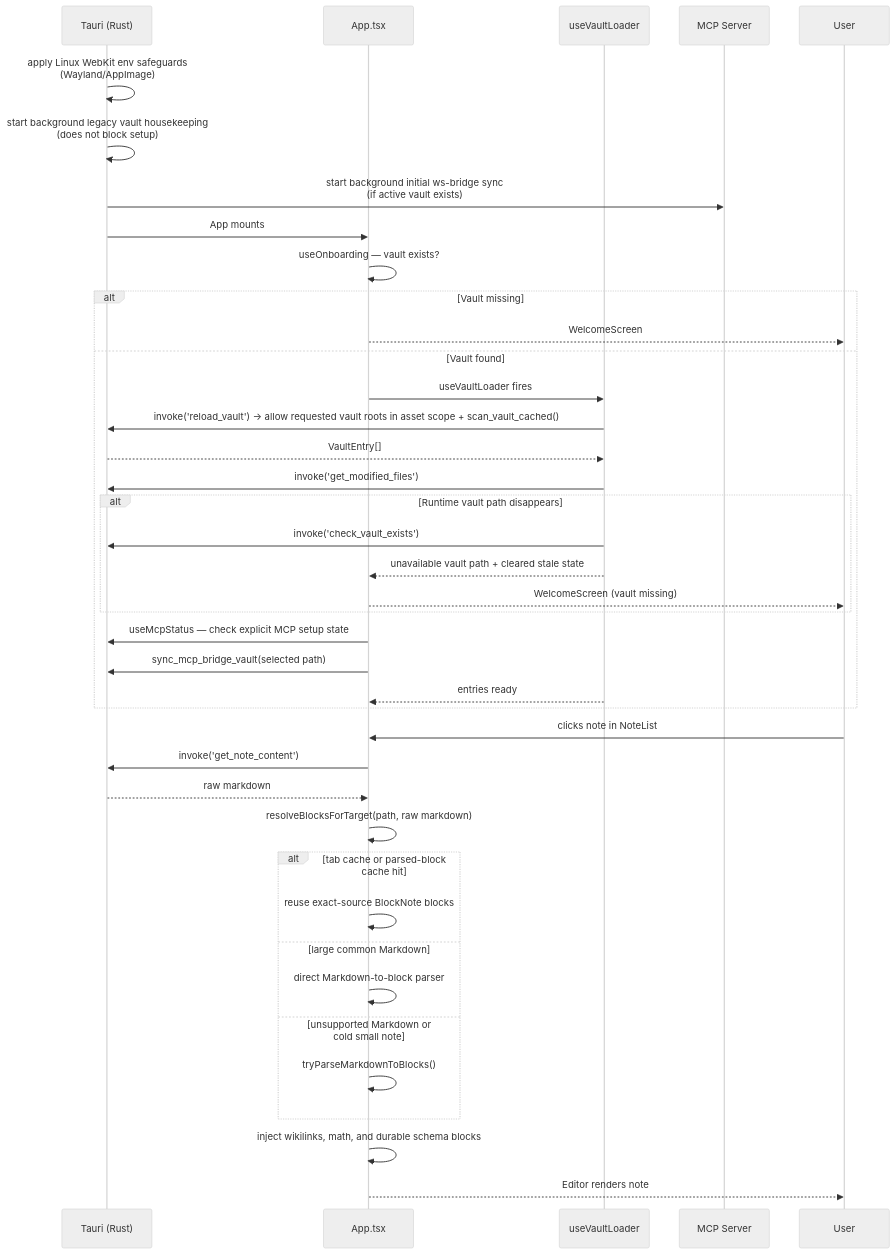
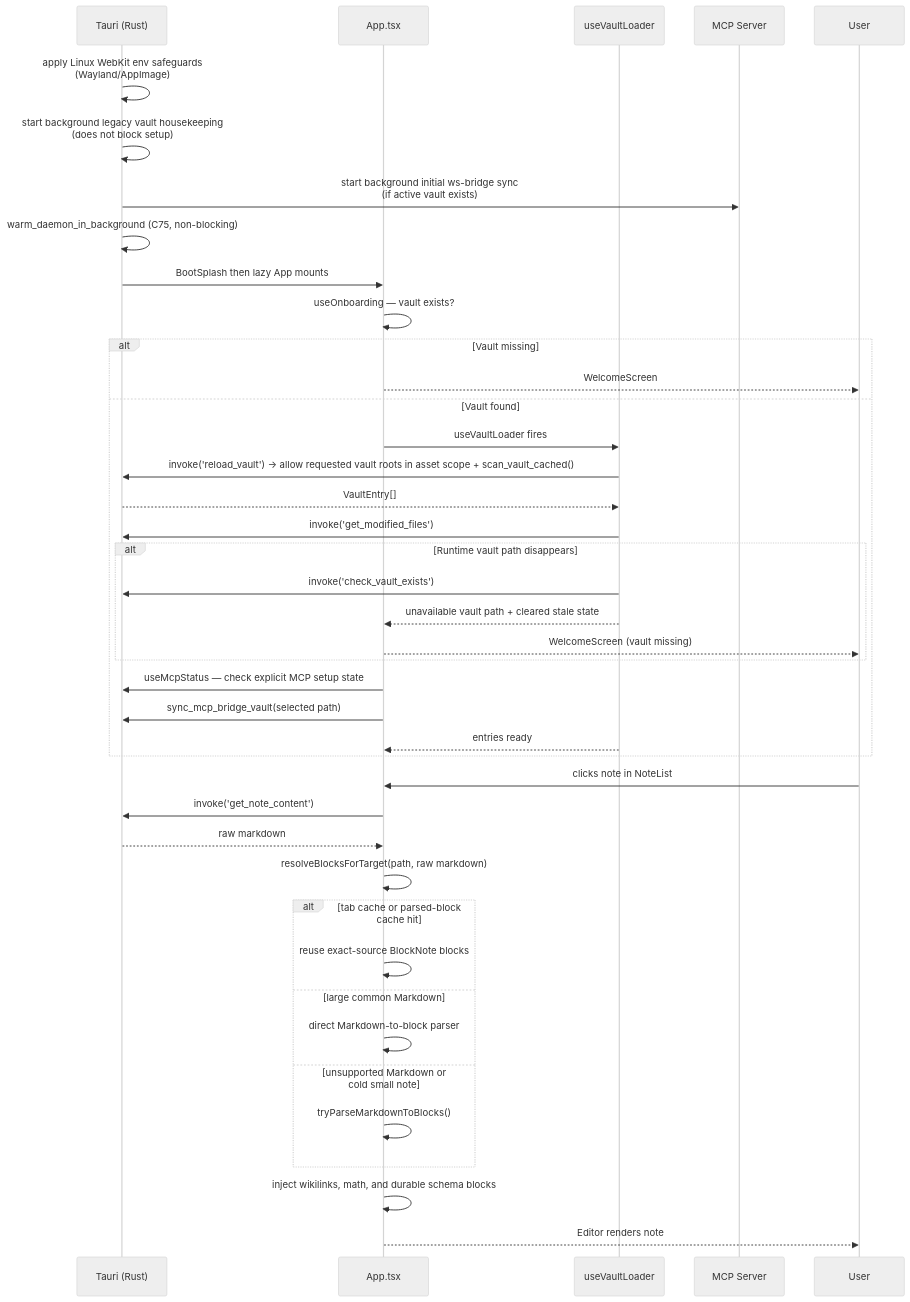
Before and after one commit to tuckcode/rhizome-agent: the seventh of 10 diagrams in docs/ARCHITECTURE.md, drawn with Mermaid (neutral theme). The commit also changed other lines of this file and 7 other files, not shown here.

````diff
--- a/docs/ARCHITECTURE.md
+++ b/docs/ARCHITECTURE.md
@@ -1483,45 +1516,46 @@
 ```mermaid
 sequenceDiagram
     participant T as Tauri (Rust)
     participant A as App.tsx
     participant VL as useVaultLoader
     participant MCP as MCP Server
     participant U as User
 
     T->>T: apply Linux WebKit env safeguards<br/>(Wayland/AppImage)
     T->>T: start background legacy vault housekeeping<br/>(does not block setup)
     T->>MCP: start background initial ws-bridge sync<br/>(if active vault exists)
-    T->>A: App mounts
+    T->>T: warm_daemon_in_background (C75, non-blocking)
+    T->>A: BootSplash then lazy App mounts
 
     A->>A: useOnboarding — vault exists?
     alt Vault missing
         A-->>U: WelcomeScreen
     else Vault found
         A->>VL: useVaultLoader fires
         VL->>T: invoke('reload_vault') → allow requested vault roots in asset scope + scan_vault_cached()
         T-->>VL: VaultEntry[]
         VL->>T: invoke('get_modified_files')
         alt Runtime vault path disappears
             VL->>T: invoke('check_vault_exists')
             VL-->>A: unavailable vault path + cleared stale state
             A-->>U: WelcomeScreen (vault missing)
         end
         A->>T: useMcpStatus — check explicit MCP setup state
         A->>T: sync_mcp_bridge_vault(selected path)
         VL-->>A: entries ready
     end
 
     U->>A: clicks note in NoteList
     A->>T: invoke('get_note_content')
     T-->>A: raw markdown
     A->>A: resolveBlocksForTarget(path, raw markdown)
     alt tab cache or parsed-block cache hit
         A->>A: reuse exact-source BlockNote blocks
     else large common Markdown
         A->>A: direct Markdown-to-block parser
     else unsupported Markdown or cold small note
         A->>A: tryParseMarkdownToBlocks()
     end
     A->>A: inject wikilinks, math, and durable schema blocks
     A-->>U: Editor renders note
 ```
````
